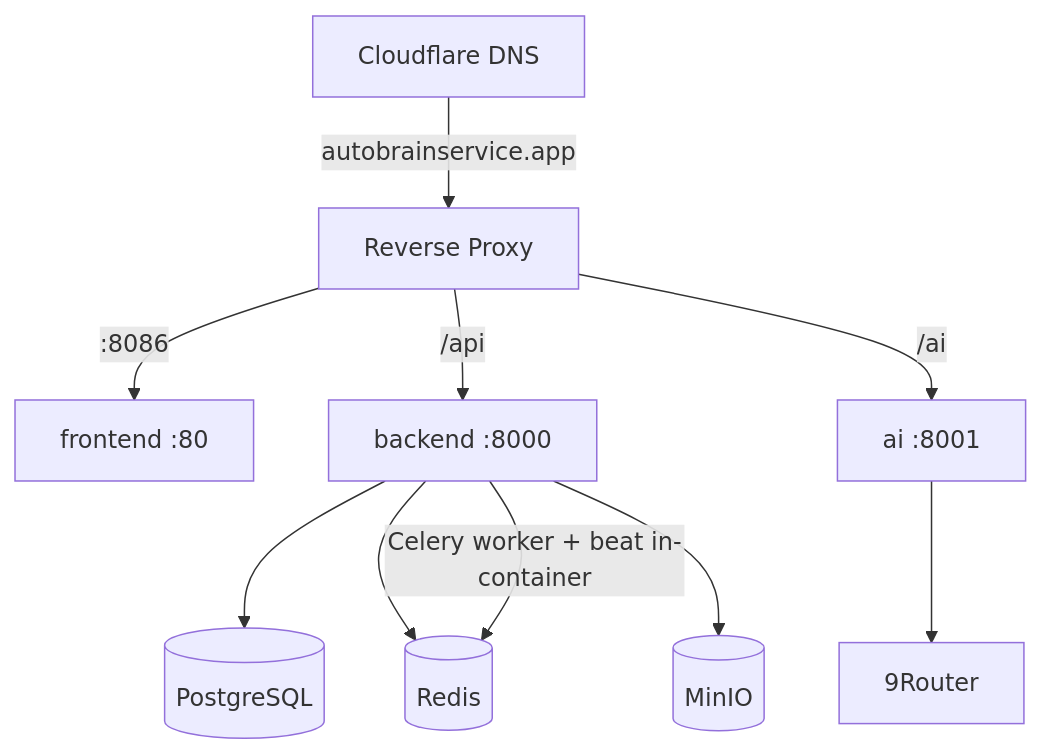
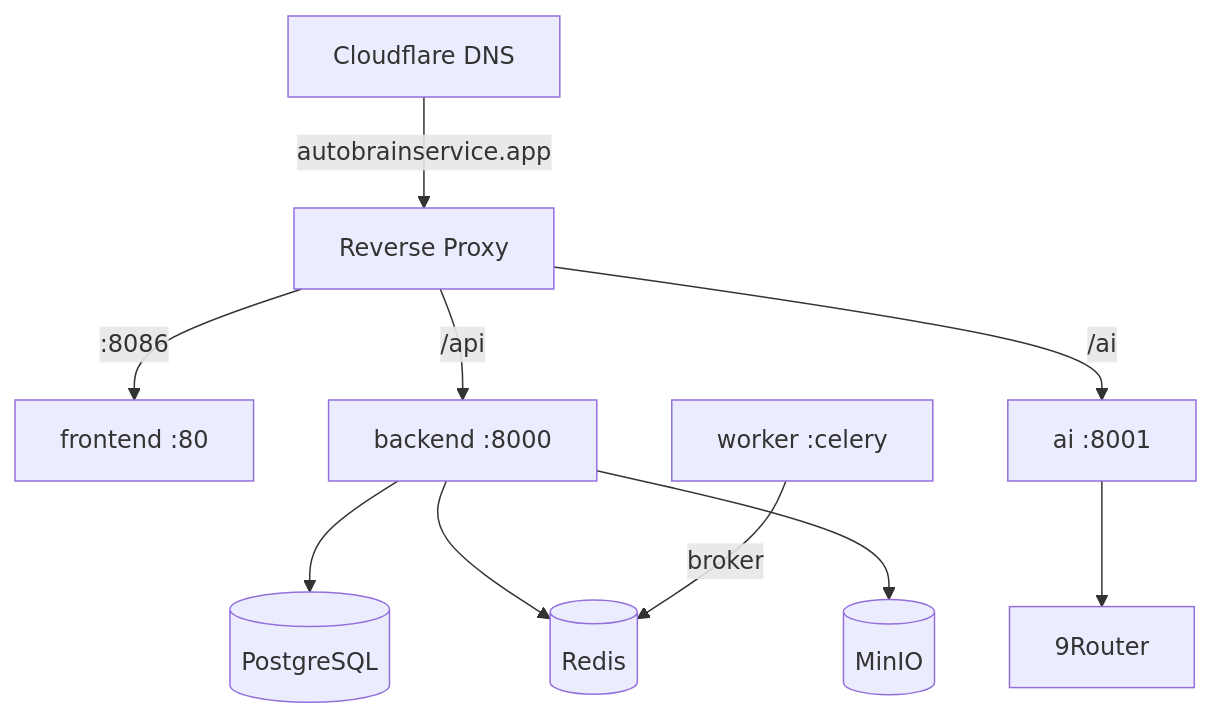
The second of 4 diagrams in docs/infrastructure-diagrams.md (CannonFodder151/autobrain), drawn with Mermaid before and after one commit. The commit also changed other lines of this file and 6 other files, not shown here.

Commit message:
feat(hosted): merge worker+beat into single container (AUT-1242/C1)

````diff
--- a/docs/infrastructure-diagrams.md
+++ b/docs/infrastructure-diagrams.md
@@ -20,12 +20,12 @@
 ```mermaid
 graph TD
     CF[Cloudflare DNS] -->|autobrainservice.app| Proxy[Reverse Proxy]
     Proxy -->|:8086| Frontend[frontend :80]
     Proxy -->|/api| Backend[backend :8000]
     Proxy -->|/ai| AI[ai :8001]
     Backend --> PostgresH[(PostgreSQL)]
     Backend --> RedisH[(Redis)]
     Backend --> MinIOH[(MinIO)]
-    Backend -->|Celery worker + beat in-container| RedisH
+    Worker[worker :celery] -->|broker| RedisH
     AI --> Router[9Router]
 ```
````
